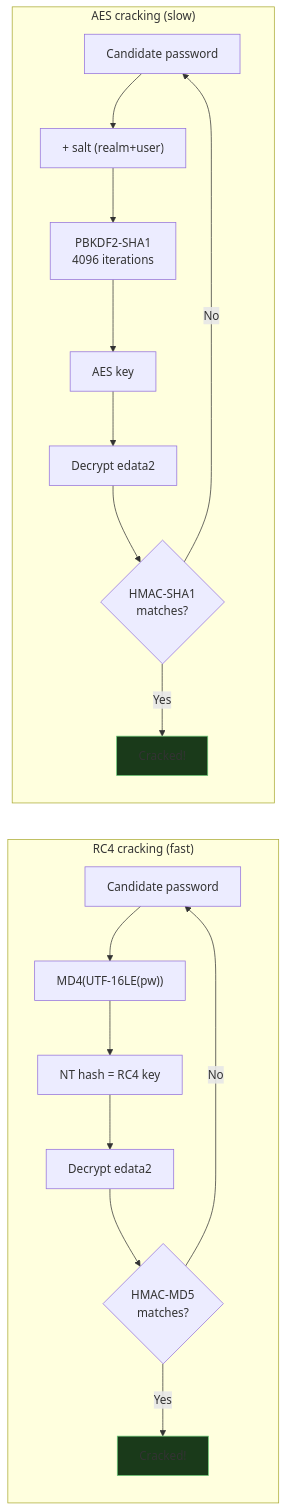
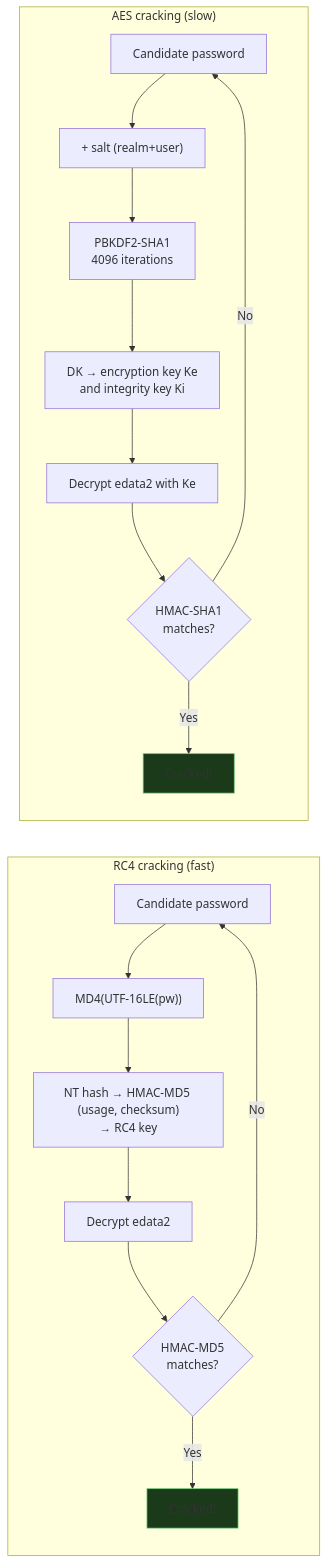
Before and after one commit to StrongWind1/KerbWolf: the second of 3 diagrams in docs/guide/hashcat-modes.md, drawn with Mermaid. The commit also changed other lines of this file and 13 other files, not shown here.

````diff
--- a/docs/guide/hashcat-modes.md
+++ b/docs/guide/hashcat-modes.md
@@ -78,26 +82,26 @@
 ```mermaid
 flowchart LR
     subgraph RC4["RC4 cracking (fast)"]
         direction TB
         R1["Candidate password"] --> R2["MD4(UTF-16LE(pw))"]
-        R2 --> R3["NT hash = RC4 key"]
+        R2 --> R3["NT hash → HMAC-MD5 (usage, checksum)<br/>→ RC4 key"]
         R3 --> R4["Decrypt edata2"]
         R4 --> R5{"HMAC-MD5<br/>matches?"}
         R5 -->|Yes| R6["Cracked!"]
         R5 -->|No| R1
     end
 
     subgraph AES["AES cracking (slow)"]
         direction TB
         A1["Candidate password"] --> A2["+ salt (realm+user)"]
         A2 --> A3["PBKDF2-SHA1<br/>4096 iterations"]
-        A3 --> A4["AES key"]
-        A4 --> A5["Decrypt edata2"]
+        A3 --> A4["DK → encryption key Ke<br/>and integrity key Ki"]
+        A4 --> A5["Decrypt edata2 with Ke"]
         A5 --> A6{"HMAC-SHA1<br/>matches?"}
         A6 -->|Yes| A7["Cracked!"]
         A6 -->|No| A1
     end
 
     style R6 fill:#1a3a1a,stroke:#6bcb77
     style A7 fill:#1a3a1a,stroke:#6bcb77
 ```
````
